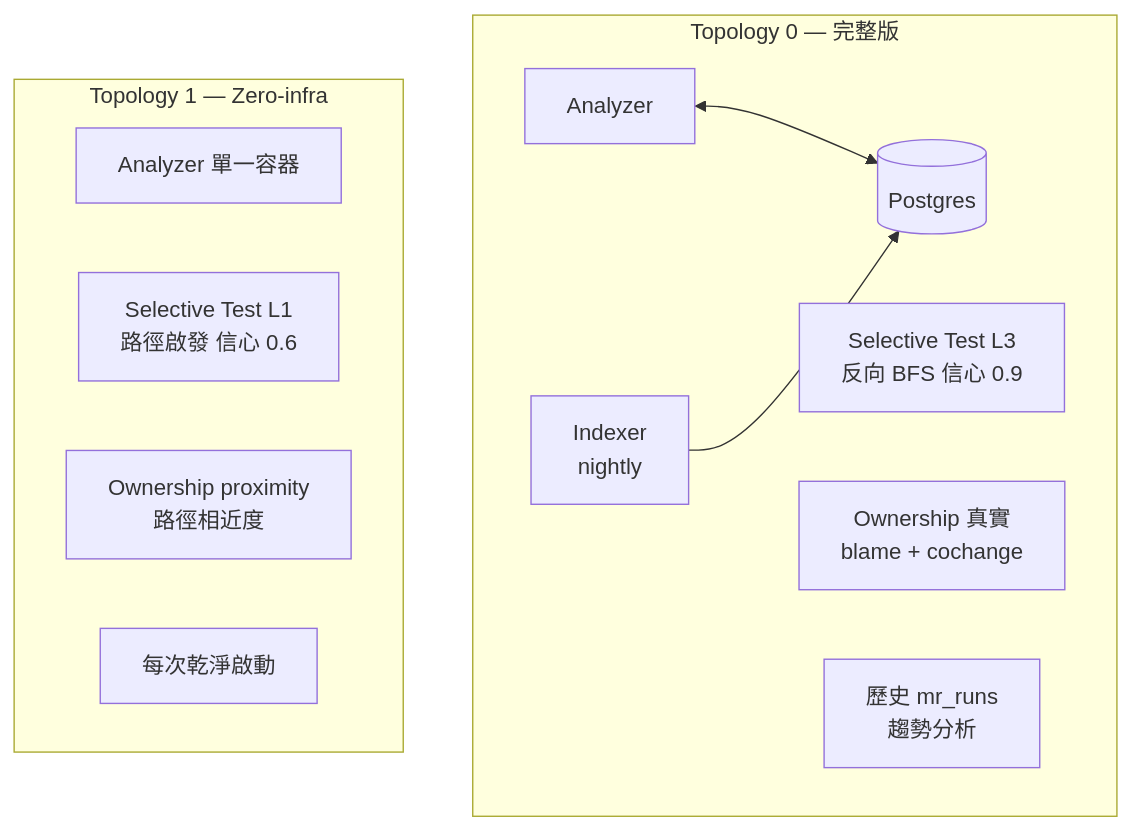
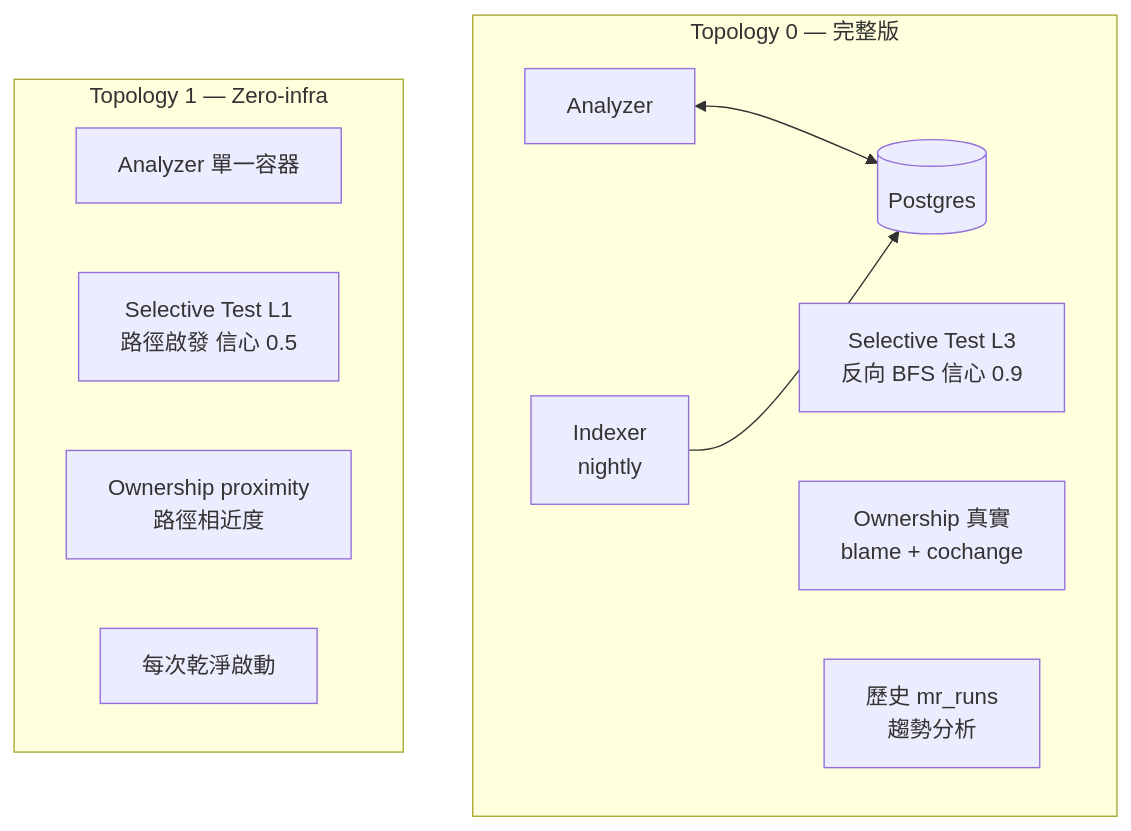
The second of 3 diagrams in docs/architecture.md (twjohnwu/releaseGuard), drawn with Mermaid before and after one commit. The commit also changed 28 other files, not shown here.

````diff
--- a/docs/architecture.md
+++ b/docs/architecture.md
@@ -31,20 +31,20 @@
 ```mermaid
 flowchart TB
     subgraph T0[Topology 0 — 完整版]
         T0A[Analyzer]
         T0B[(Postgres)]
         T0C[Indexer<br/>nightly]
         T0A <--> T0B
         T0C --> T0B
         T0F1[Selective Test L3<br/>反向 BFS 信心 0.9]
         T0F2[Ownership 真實<br/>blame + cochange]
         T0F3[歷史 mr_runs<br/>趨勢分析]
     end
 
     subgraph T1[Topology 1 — Zero-infra]
         T1A[Analyzer 單一容器]
-        T1F1[Selective Test L1<br/>路徑啟發 信心 0.6]
+        T1F1[Selective Test L1<br/>路徑啟發 信心 0.5]
         T1F2[Ownership proximity<br/>路徑相近度]
         T1F3[每次乾淨啟動]
     end
 ```
````
